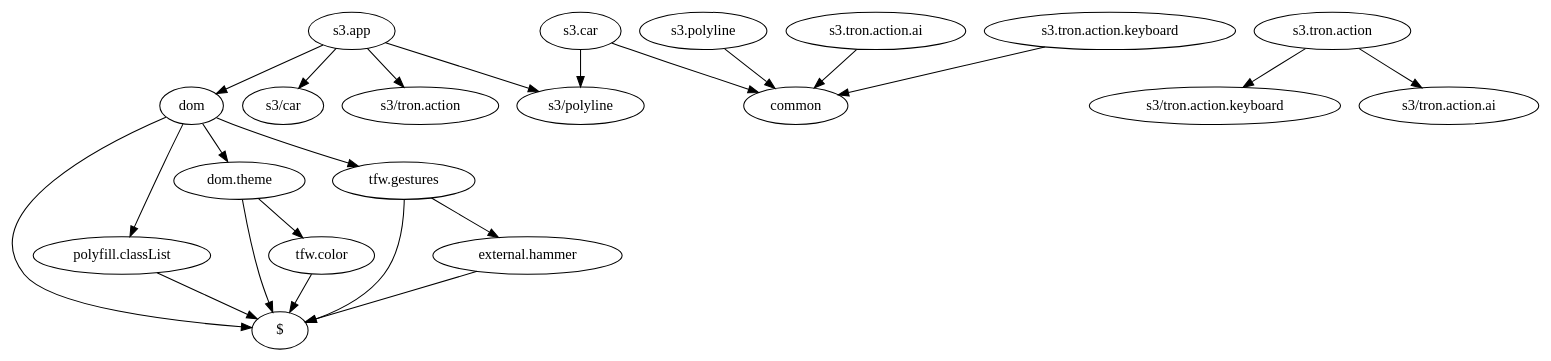
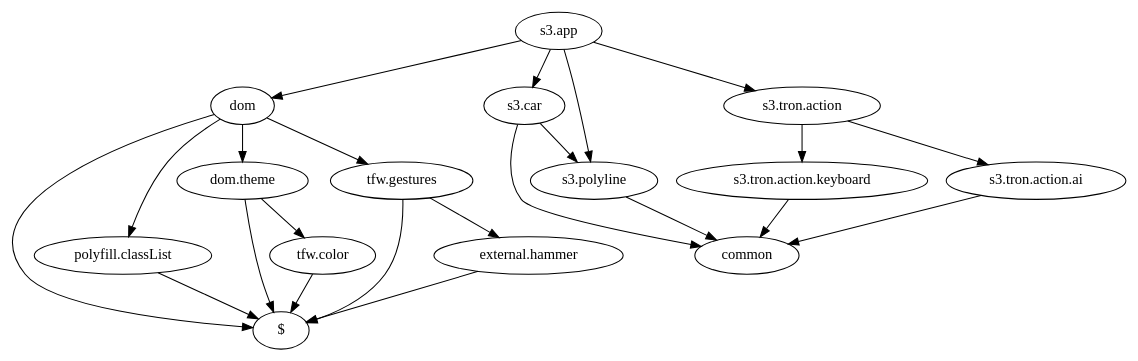
The diagram in doc/s3.html.dot (tolokoban/game-tron), drawn with Graphviz before and after one commit. The commit also changed 47 other files, not shown here.

```diff
--- a/doc/s3.html.dot
+++ b/doc/s3.html.dot
@@ -1,35 +1,35 @@
 digraph dependencies {
     "s3.app" -> "dom"
 
-    "s3.app" -> "s3/car"
+    "s3.app" -> "s3.car"
 
-    "s3.app" -> "s3/tron.action"
+    "s3.app" -> "s3.tron.action"
 
-    "s3.app" -> "s3/polyline"
+    "s3.app" -> "s3.polyline"
     "s3.polyline" -> "common"
-    "s3.tron.action" -> "s3/tron.action.keyboard"
+    "s3.tron.action" -> "s3.tron.action.keyboard"
 
-    "s3.tron.action" -> "s3/tron.action.ai"
+    "s3.tron.action" -> "s3.tron.action.ai"
     "s3.tron.action.ai" -> "common"
     "s3.tron.action.keyboard" -> "common"
-    "s3.car" -> "s3/polyline"
+    "s3.car" -> "s3.polyline"
 
     "s3.car" -> "common"
     "dom" -> "$"
 
     "dom" -> "polyfill.classList"
 
     "dom" -> "dom.theme"
 
     "dom" -> "tfw.gestures"
     "tfw.gestures" -> "$"
 
     "tfw.gestures" -> "external.hammer"
     "external.hammer" -> "$"
     "dom.theme" -> "$"
 
     "dom.theme" -> "tfw.color"
     "tfw.color" -> "$"
     "polyfill.classList" -> "$"
 
 }
```
